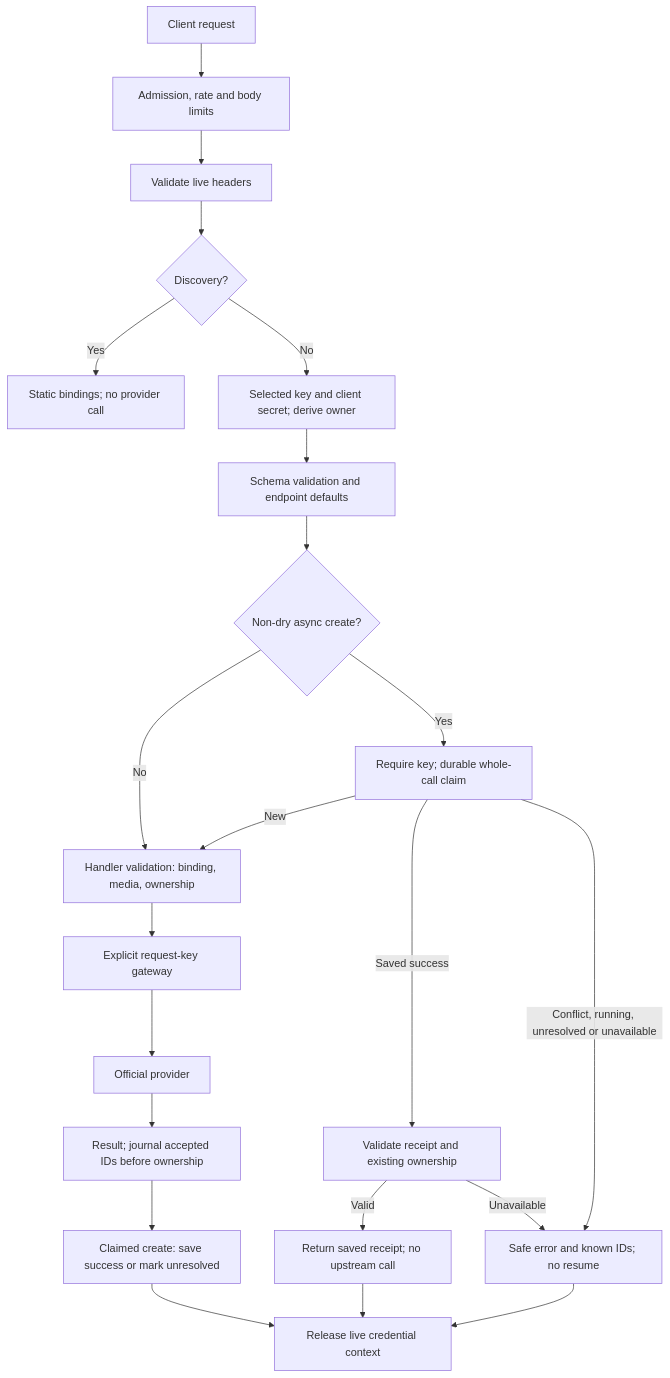
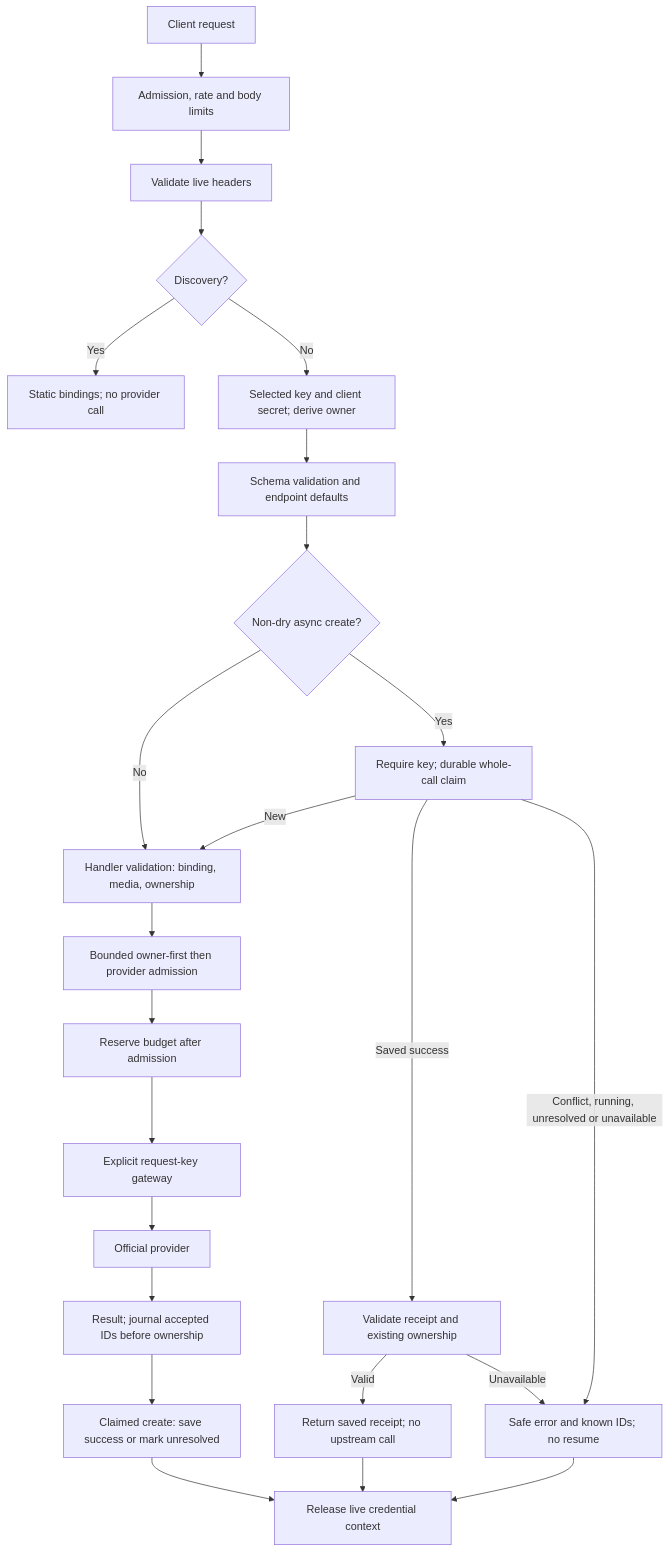
One commit to byteplus-sa/seed-mcp changed the diagram in specs/SPEC_HOSTED_BYOK.md. Above: the diagram before and after it, drawn with Mermaid. The commit also changed other lines of this file and 274 other files, not shown here.

````diff
--- a/specs/SPEC_HOSTED_BYOK.md
+++ b/specs/SPEC_HOSTED_BYOK.md
@@ -267,24 +443,26 @@
 ```mermaid
 flowchart TD
     Client["Client request"] --> Limit["Admission, rate and body limits"]
     Limit --> Headers["Validate live headers"]
     Headers --> Discovery{"Discovery?"}
     Discovery -->|Yes| Static["Static bindings; no provider call"]
     Discovery -->|No| Identity["Selected key and client secret; derive owner"]
     Identity --> Input["Schema validation and endpoint defaults"]
     Input --> Create{"Non-dry async create?"}
     Create -->|No| Validate["Handler validation: binding, media, ownership"]
     Create -->|Yes| Claim["Require key; durable whole-call claim"]
     Claim -->|New| Validate
     Claim -->|Saved success| Check["Validate receipt and existing ownership"]
     Check -->|Valid| Receipt["Return saved receipt; no upstream call"]
     Check -->|Unavailable| Reject["Safe error and known IDs; no resume"]
     Claim -->|Conflict, running, unresolved or unavailable| Reject
-    Validate --> Gateway["Explicit request-key gateway"]
+    Validate --> Admission["Bounded owner-first then provider admission"]
+    Admission --> Budget["Reserve budget after admission"]
+    Budget --> Gateway["Explicit request-key gateway"]
     Gateway --> Provider["Official provider"]
     Provider --> Result["Result; journal accepted IDs before ownership"]
     Result --> Finalize["Claimed create: save success or mark unresolved"]
     Finalize --> Release["Release live credential context"]
     Receipt --> Release
     Reject --> Release
 ```
````
